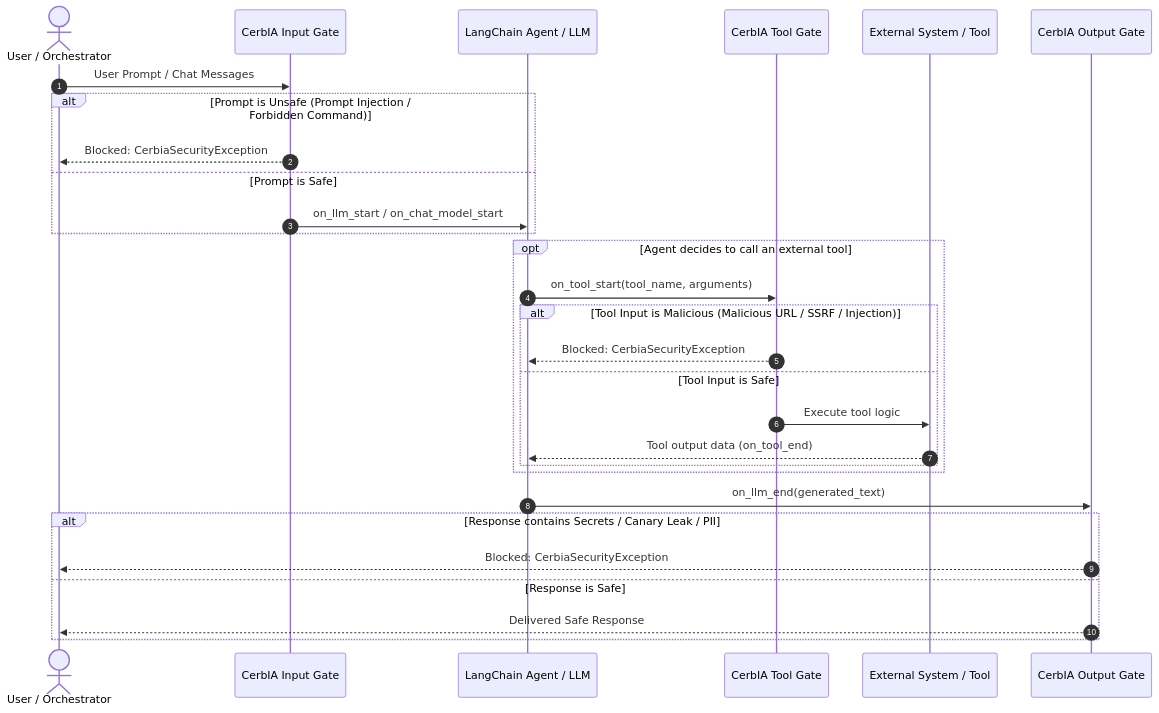
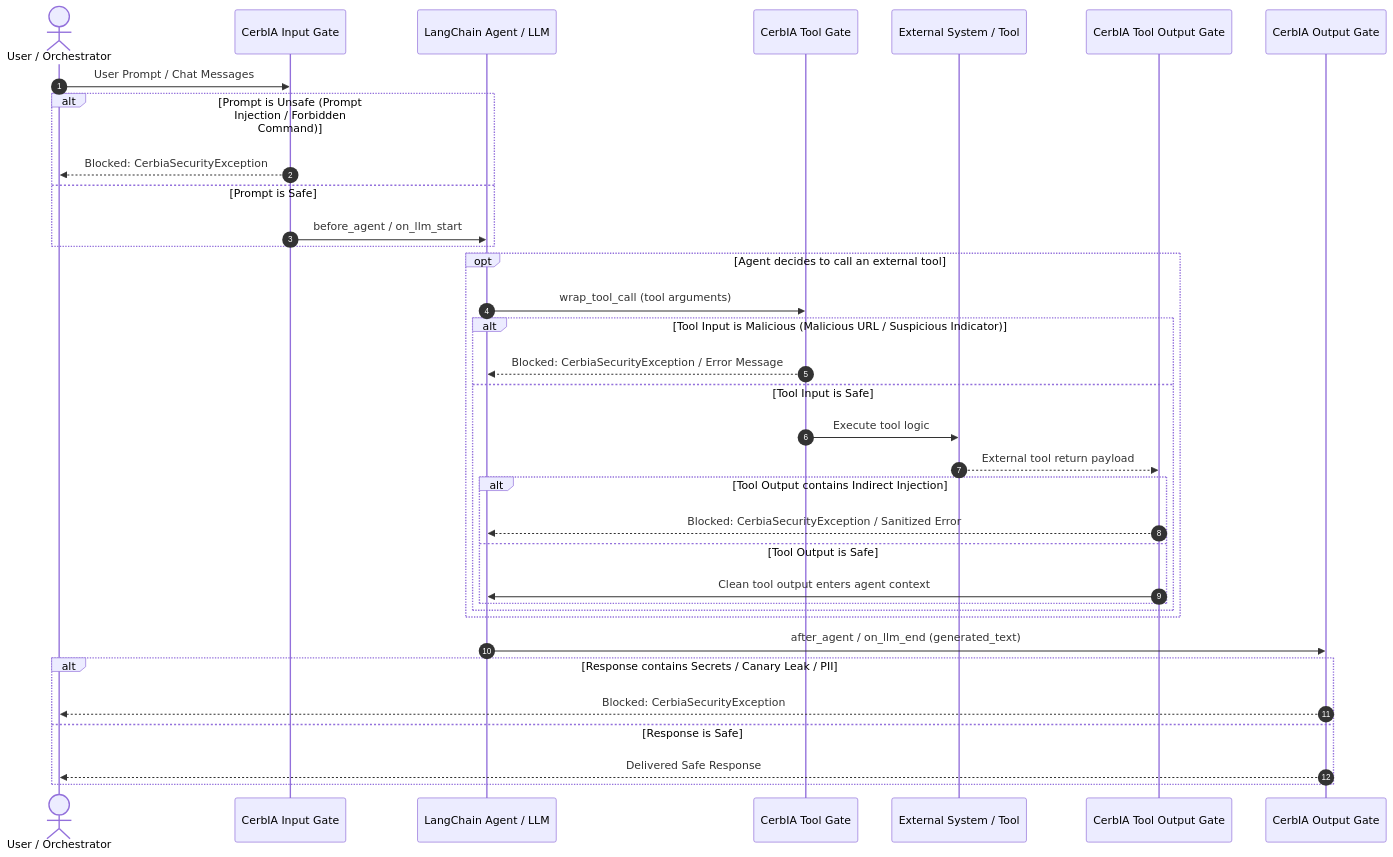
One commit to InditexTech/cerbia changed the diagram in examples/langchain-agent-guardrail/README.md. Above: the diagram before and after it, drawn with Mermaid. The commit also changed other lines of this file and 6 other files, not shown here.

First line of the commit message:
feat(examples): support AgentMiddleware, tool output gate, and review feedback

````diff
--- a/examples/langchain-agent-guardrail/README.md
+++ b/examples/langchain-agent-guardrail/README.md
@@ -20,34 +20,40 @@
 ```mermaid
 sequenceDiagram
     autonumber
     actor User as User / Orchestrator
     participant InputGate as CerbIA Input Gate
     participant Agent as LangChain Agent / LLM
     participant ToolGate as CerbIA Tool Gate
     participant Tool as External System / Tool
+    participant ToolOutGate as CerbIA Tool Output Gate
     participant OutGate as CerbIA Output Gate
 
     User->>InputGate: User Prompt / Chat Messages
     alt Prompt is Unsafe (Prompt Injection / Forbidden Command)
         InputGate-->>User: Blocked: CerbiaSecurityException
     else Prompt is Safe
-        InputGate->>Agent: on_llm_start / on_chat_model_start
+        InputGate->>Agent: before_agent / on_llm_start
     end
 
     opt Agent decides to call an external tool
-        Agent->>ToolGate: on_tool_start(tool_name, arguments)
-        alt Tool Input is Malicious (Malicious URL / SSRF / Injection)
-            ToolGate-->>Agent: Blocked: CerbiaSecurityException
+        Agent->>ToolGate: wrap_tool_call (tool arguments)
+        alt Tool Input is Malicious (Malicious URL / Suspicious Indicator)
+            ToolGate-->>Agent: Blocked: CerbiaSecurityException / Error Message
         else Tool Input is Safe
             ToolGate->>Tool: Execute tool logic
-            Tool-->>Agent: Tool output data (on_tool_end)
+            Tool-->>ToolOutGate: External tool return payload
+            alt Tool Output contains Indirect Injection
+                ToolOutGate-->>Agent: Blocked: CerbiaSecurityException / Sanitized Error
+            else Tool Output is Safe
+                ToolOutGate->>Agent: Clean tool output enters agent context
+            end
         end
     end
 
-    Agent->>OutGate: on_llm_end(generated_text)
+    Agent->>OutGate: after_agent / on_llm_end (generated_text)
     alt Response contains Secrets / Canary Leak / PII
         OutGate-->>User: Blocked: CerbiaSecurityException
     else Response is Safe
         OutGate-->>User: Delivered Safe Response
     end
 ```
````
